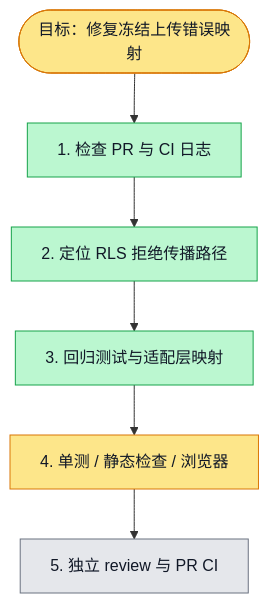
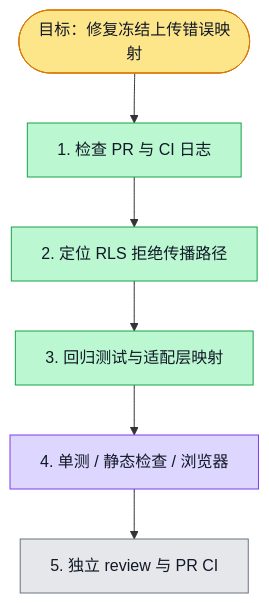
Before and after one commit to boardx/workspacex: the diagram in docs/verification/pr-readiness-5082/execution-plan.md, drawn with Mermaid. The commit also changed 3 other files, not shown here.

````diff
--- a/docs/verification/pr-readiness-5082/execution-plan.md
+++ b/docs/verification/pr-readiness-5082/execution-plan.md
@@ -17,24 +17,25 @@
 ```mermaid
 flowchart TD
   G([目标：修复冻结上传错误映射])
   S1[1. 检查 PR 与 CI 日志]
   S2[2. 定位 RLS 拒绝传播路径]
   S3[3. 回归测试与适配层映射]
   S4[4. 单测 / 静态检查 / 浏览器]
   S5[5. 独立 review 与 PR CI]
 
   G --> S1 --> S2 --> S3 --> S4 --> S5
 
   classDef todo fill:#e5e7eb,stroke:#6b7280,color:#111827
   classDef doing fill:#fde68a,stroke:#d97706,color:#111827
   classDef done fill:#bbf7d0,stroke:#16a34a,color:#111827
   classDef tested fill:#ddd6fe,stroke:#7c3aed,color:#111827
   classDef blocked fill:#fecaca,stroke:#dc2626,color:#111827
 
   class G doing
   class S1 done
   class S2 done
   class S3 done
-  class S4 doing
+  class S4 tested
+  %% evidence S4: 58 focused tests; 775 diagnostic suite tests; typecheck/lint; R09 browser exit 0 and ledger
   class S5 todo
 ```
````
